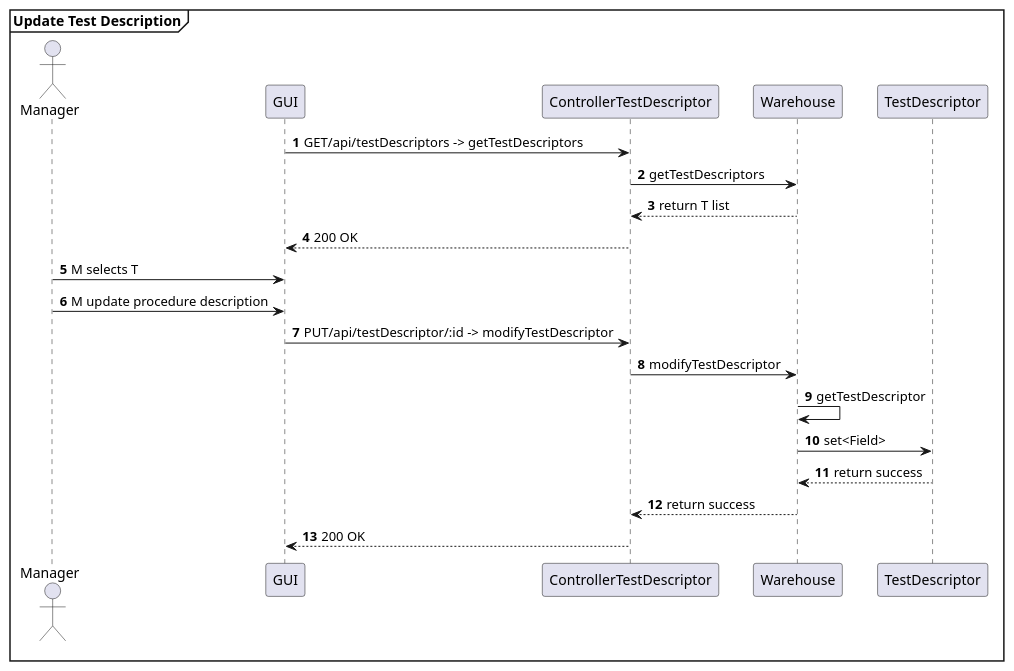
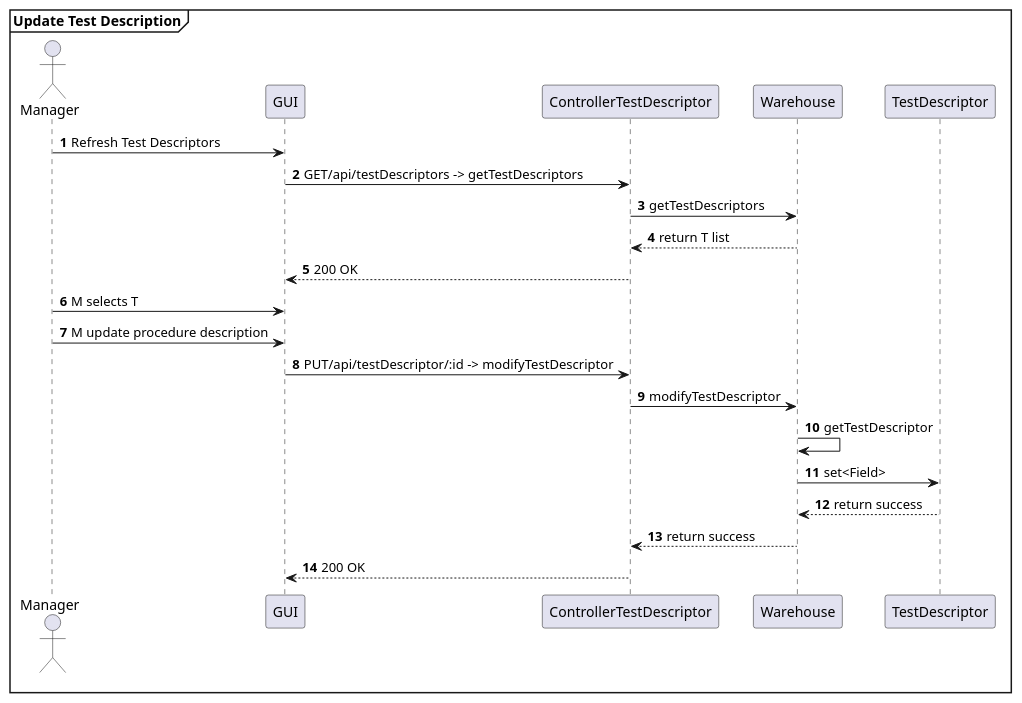
Diagram 31 of 32 in DesignDocument.md (AlexZampa/EzWh), drawn with PlantUML before and after one commit. The commit also changed other lines of this file, not shown here.

````diff
--- a/DesignDocument.md
+++ b/DesignDocument.md
@@ -1384,26 +1400,27 @@
 ```plantuml
 @startuml
 mainframe **Update Test Description**
 actor Manager
 participant GUI
 participant ControllerTestDescriptor
 participant Warehouse
 participant TestDescriptor
 
 autonumber
+Manager -> GUI : Refresh Test Descriptors
 GUI -> ControllerTestDescriptor : GET/api/testDescriptors -> getTestDescriptors
 ControllerTestDescriptor -> Warehouse : getTestDescriptors
 ControllerTestDescriptor <-- Warehouse : return T list
 GUI <-- ControllerTestDescriptor : 200 OK
 Manager -> GUI : M selects T
 Manager -> GUI : M update procedure description
 GUI -> ControllerTestDescriptor : PUT/api/testDescriptor/:id -> modifyTestDescriptor
 ControllerTestDescriptor -> Warehouse : modifyTestDescriptor
 Warehouse -> Warehouse : getTestDescriptor
 Warehouse -> TestDescriptor : set<Field>
 Warehouse <-- TestDescriptor : return success
 ControllerTestDescriptor <-- Warehouse : return success
 GUI <-- ControllerTestDescriptor : 200 OK
 
 @enduml
 ```
````
